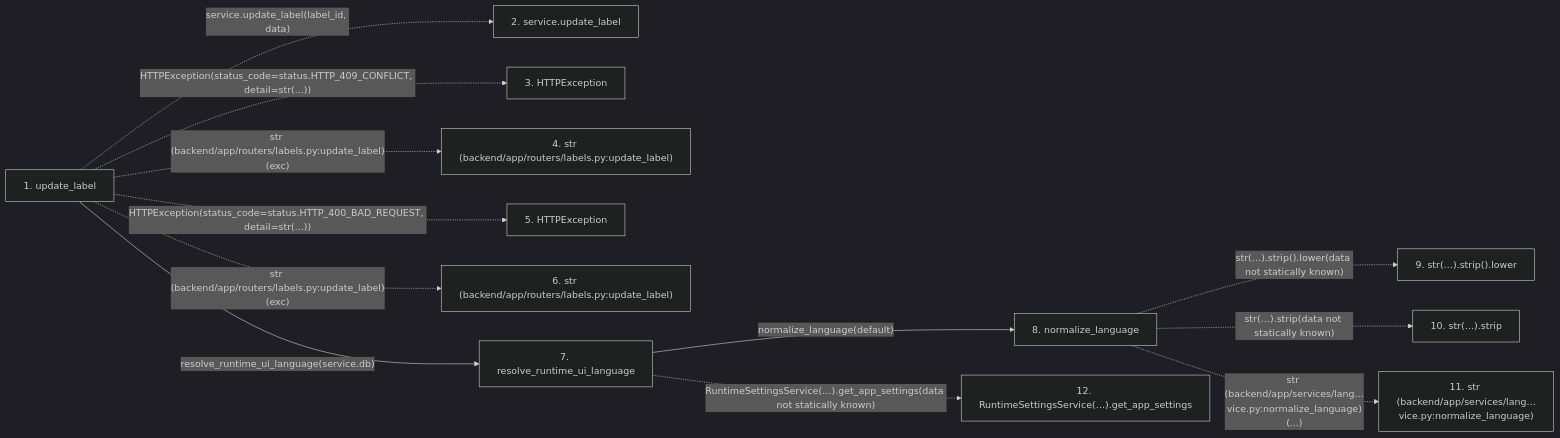
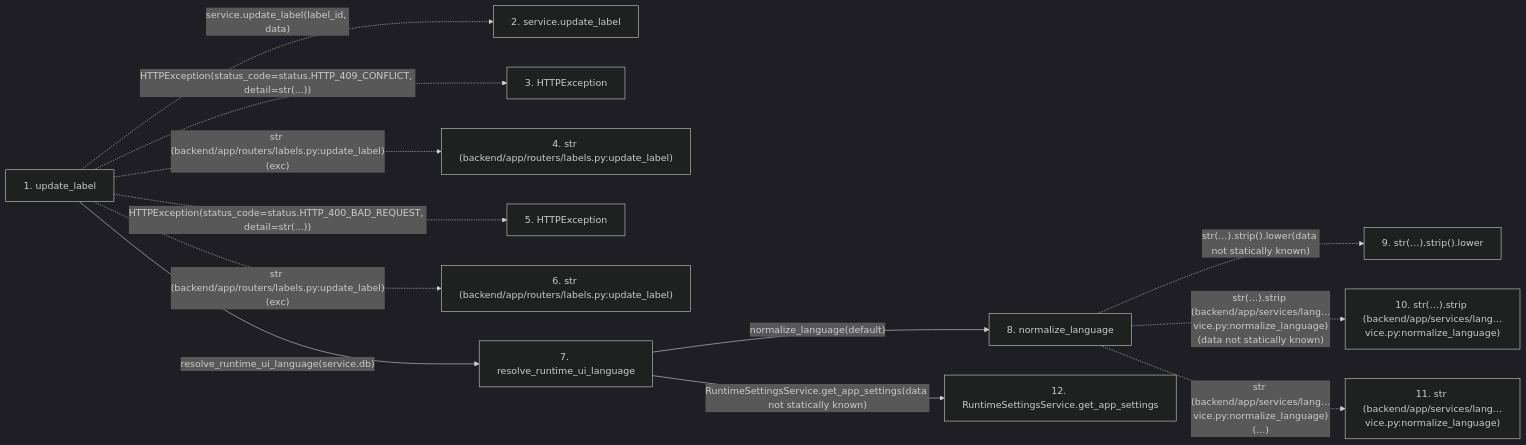
The second of 2 diagrams in docs/llm_wiki/flows/http-update_label.md (Denissvgn/WorkChord), drawn with Mermaid (dark theme) before and after one commit. The commit also changed other lines of this file and 25171 other files, not shown here.

````diff
--- a/docs/llm_wiki/flows/http-update_label.md
+++ b/docs/llm_wiki/flows/http-update_label.md
@@ -60,29 +131,30 @@
 ```mermaid
 flowchart LR
     s1["1. update_label"]
     s2["2. service.update_label"]
     s3["3. HTTPException"]
     s4["4. str (backend/app/routers/labels.py:update_label)"]
     s5["5. HTTPException"]
     s6["6. str (backend/app/routers/labels.py:update_label)"]
     s7["7. resolve_runtime_ui_language"]
     s8["8. normalize_language"]
     s9["9. str(…).strip().lower"]
-    s10["10. str(…).strip"]
+    s10["10. str(…).strip (backend/app/services/lang…vice.py:normalize_language)"]
     s11["11. str (backend/app/services/lang…vice.py:normalize_language)"]
-    s12["12. RuntimeSettingsService(…).get_app_settings"]
+    s12["12. RuntimeSettingsService.get_app_settings"]
     s1 -. "service.update_label(label_id, data)" .-> s2
     s1 -. "HTTPException(status_code=status.HTTP_409_CONFLICT, detail=str(...))" .-> s3
     s1 -. "str (backend/app/routers/labels.py:update_label)(exc)" .-> s4
     s1 -. "HTTPException(status_code=status.HTTP_400_BAD_REQUEST, detail=str(...))" .-> s5
     s1 -. "str (backend/app/routers/labels.py:update_label)(exc)" .-> s6
     s1 -->|"resolve_runtime_ui_language(service.db)"| s7
     s7 -->|"normalize_language(default)"| s8
     s8 -. "str(…).strip().lower(data not statically known)" .-> s9
-    s8 -. "str(…).strip(data not statically known)" .-> s10
+    s8 -. "str(…).strip (backend/app/services/lang…vice.py:normalize_language)(data not statically known)" .-> s10
     s8 -. "str (backend/app/services/lang…vice.py:normalize_language)(...)" .-> s11
-    s7 -. "RuntimeSettingsService(…).get_app_settings(data not statically known)" .-> s12
+    s7 -->|"RuntimeSettingsService.get_app_settings(data not statically known)"| s12
     click s1 "../modules/labels.md"
     click s7 "../modules/language_service.md"
     click s8 "../modules/language_service.md"
+    click s12 "../modules/system_settings_service.md"
 ```
````
